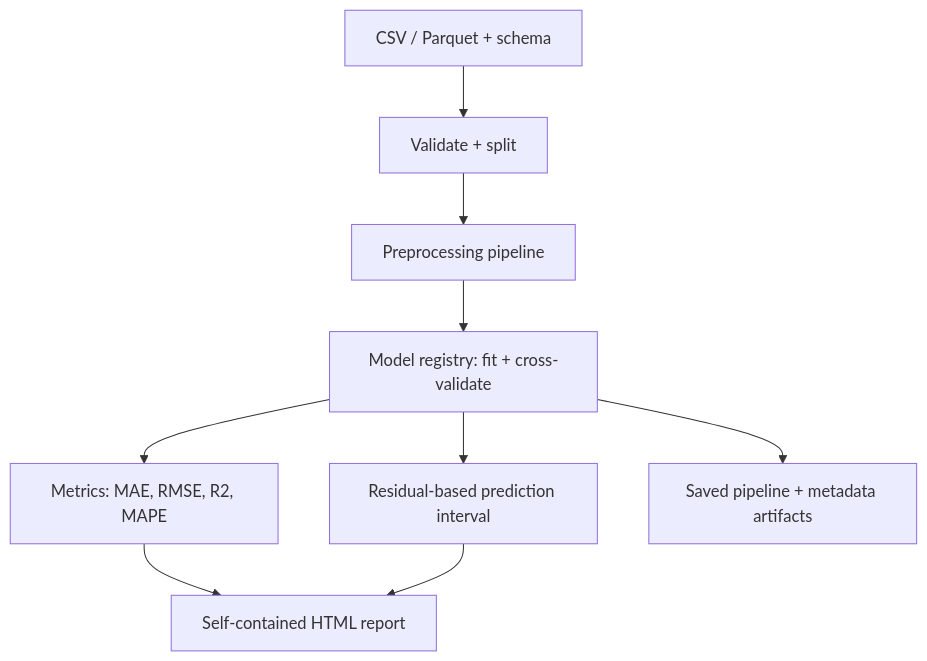
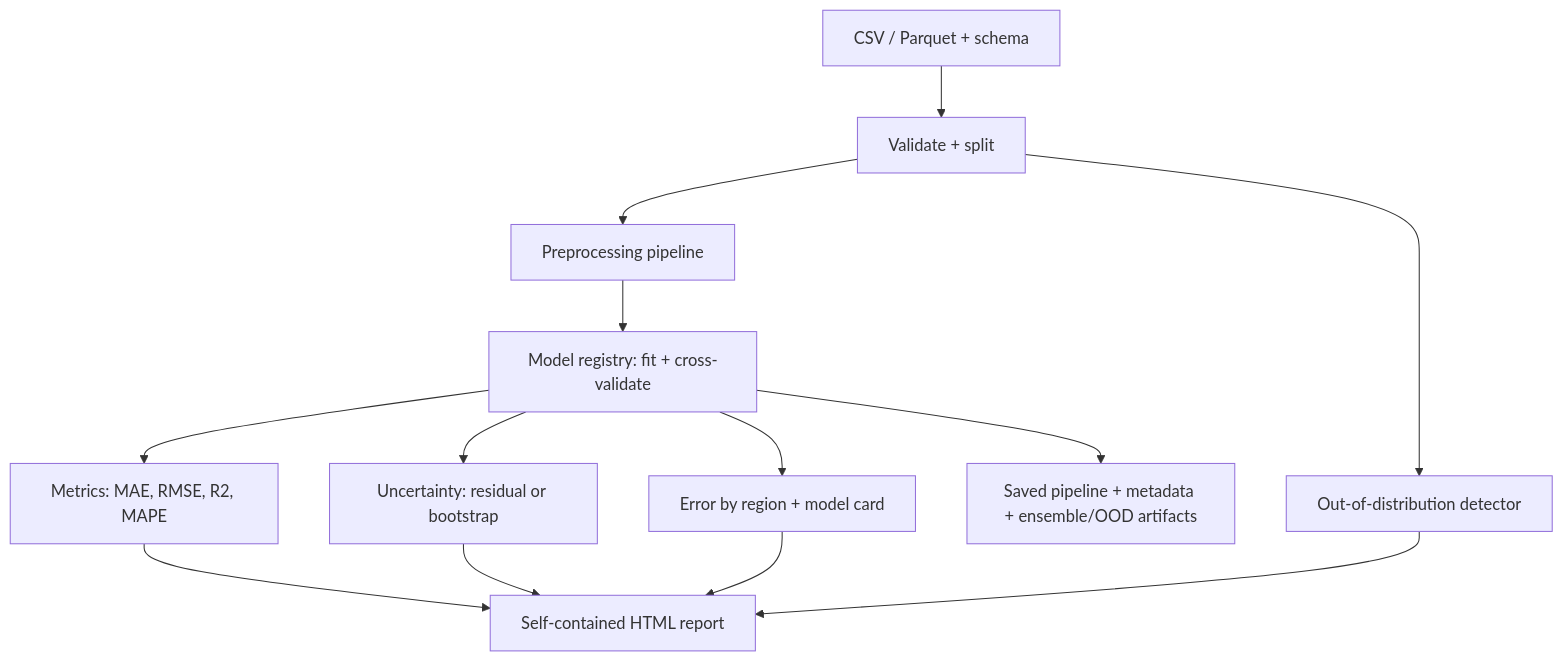
The diagram in README.md (NicholasTJL/surrogate-lab), drawn with Mermaid before and after one commit. The commit also changed other lines of this file and 3 other files, not shown here.

````diff
--- a/README.md
+++ b/README.md
@@ -112,11 +121,15 @@
 ```mermaid
 flowchart TD
     A[CSV / Parquet + schema] --> B[Validate + split]
     B --> C[Preprocessing pipeline]
     C --> D[Model registry: fit + cross-validate]
     D --> E[Metrics: MAE, RMSE, R2, MAPE]
-    D --> F[Residual-based prediction interval]
+    D --> F[Uncertainty: residual or bootstrap]
+    B --> J[Out-of-distribution detector]
+    D --> K[Error by region + model card]
     E --> G[Self-contained HTML report]
     F --> G
-    D --> H[Saved pipeline + metadata artifacts]
+    J --> G
+    K --> G
+    D --> H[Saved pipeline + metadata + ensemble/OOD artifacts]
 ```
````
